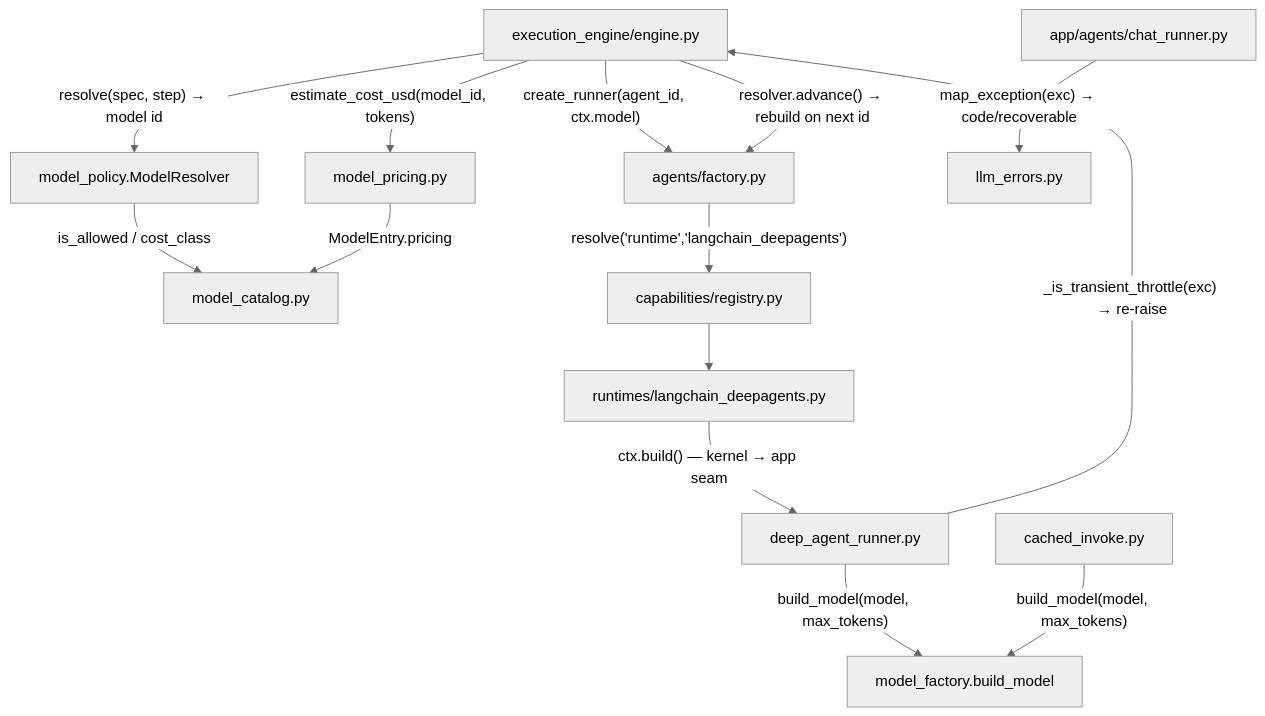
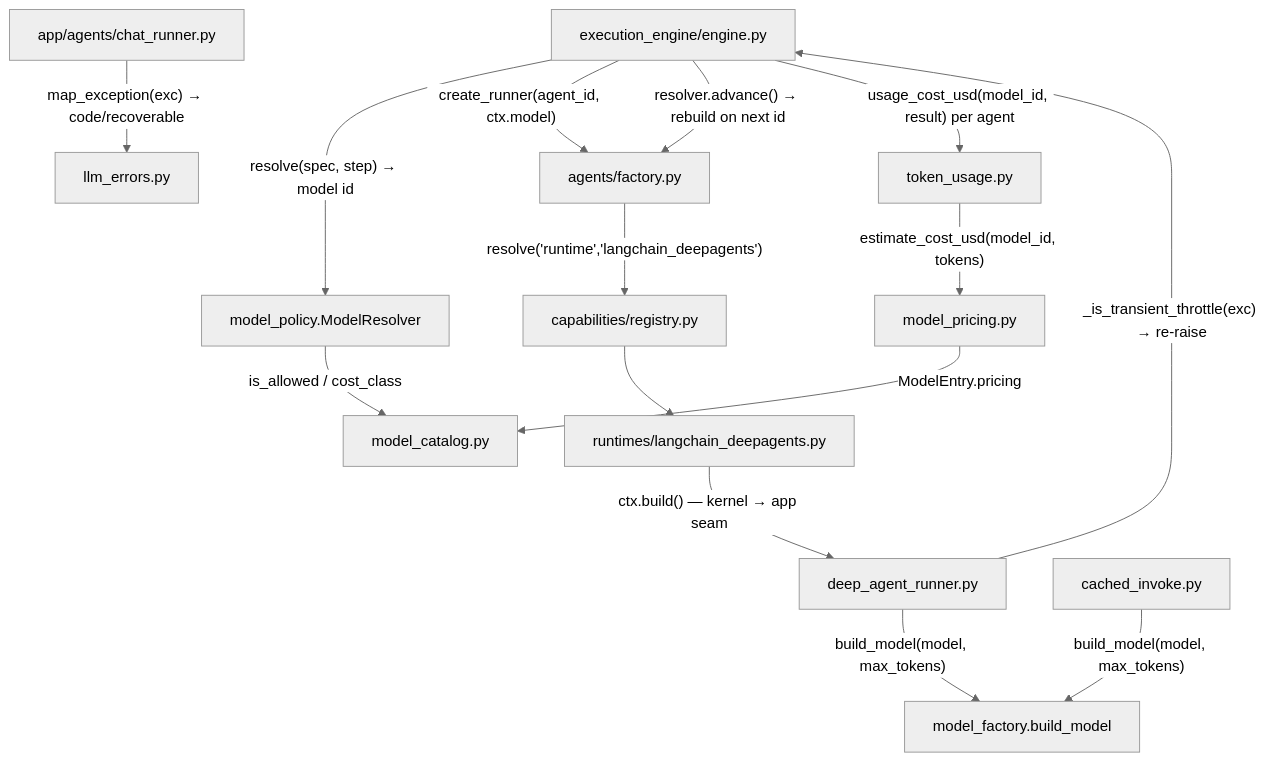
One commit to prateek-sinha7/IdeaFlowAI changed the first of 16 diagrams in .knowledge/ARCHITECTURE.md. Above: the diagram before and after it, drawn with Mermaid (neutral theme). The commit also changed other lines of this file and 601 other files, not shown here.

````diff
--- a/.knowledge/ARCHITECTURE.md
+++ b/.knowledge/ARCHITECTURE.md
@@ -101,29 +101,31 @@
 ```mermaid
 flowchart TD
   engine["execution_engine/engine.py"]
   resolver["model_policy.ModelResolver"]
   catalog["model_catalog.py"]
+  usage["token_usage.py"]
   pricing["model_pricing.py"]
   factory["agents/factory.py"]
   registry["capabilities/registry.py"]
   adapter["runtimes/langchain_deepagents.py"]
   runner["deep_agent_runner.py"]
   build["model_factory.build_model"]
   cached["cached_invoke.py"]
   errors["llm_errors.py"]
   chat["app/agents/chat_runner.py"]
 
   engine -->|"resolve(spec, step) → model id"| resolver
   resolver -->|"is_allowed / cost_class"| catalog
   engine -->|"create_runner(agent_id, ctx.model)"| factory
   factory -->|"resolve('runtime','langchain_deepagents')"| registry
   registry --> adapter
   adapter -->|"ctx.build() — kernel → app seam"| runner
   runner -->|"build_model(model, max_tokens)"| build
   cached -->|"build_model(model, max_tokens)"| build
   runner -->|"_is_transient_throttle(exc) → re-raise"| engine
   engine -->|"resolver.advance() → rebuild on next id"| factory
-  engine -->|"estimate_cost_usd(model_id, tokens)"| pricing
+  engine -->|"usage_cost_usd(model_id, result) per agent"| usage
+  usage -->|"estimate_cost_usd(model_id, tokens)"| pricing
   pricing -->|"ModelEntry.pricing"| catalog
   chat -->|"map_exception(exc) → code/recoverable"| errors
 ```
````
